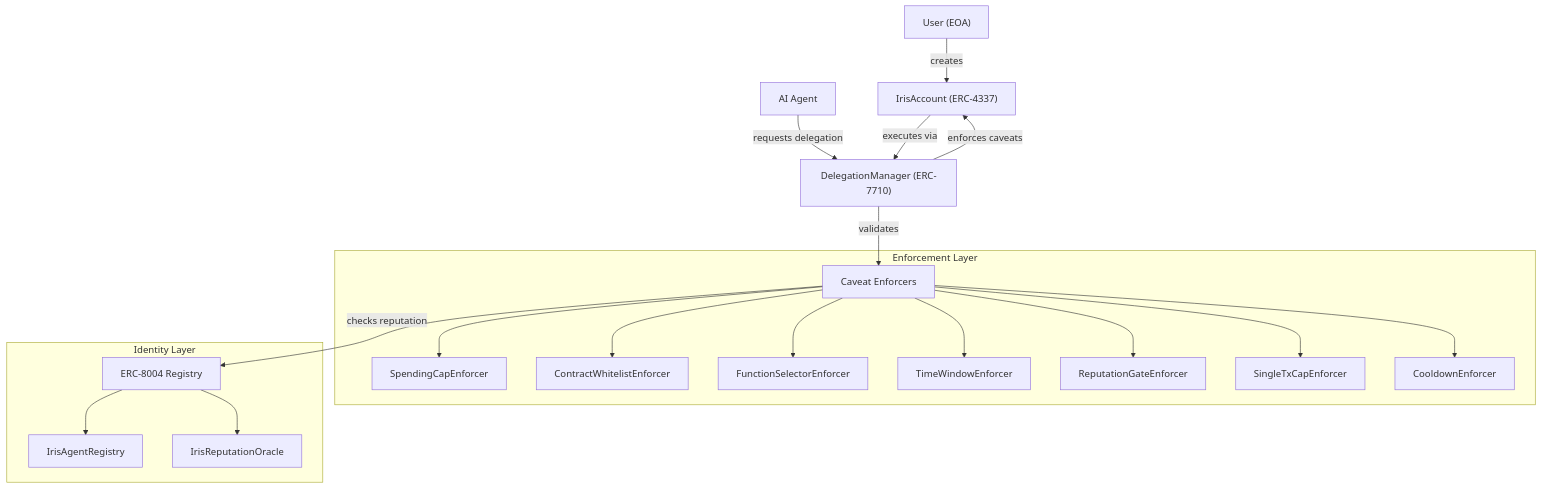
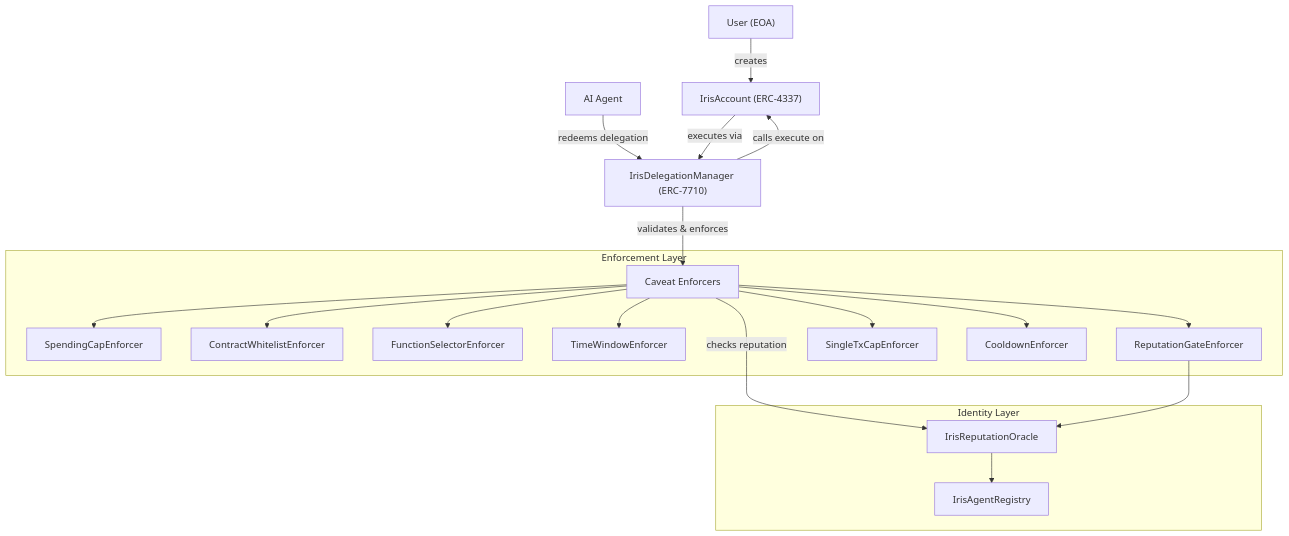
Before and after one commit to ElliotFriedman/iris-protocol: the first of 2 diagrams in docs/docs/architecture.md, drawn with Mermaid. The commit also changed other lines of this file and 12 other files, not shown here.

````diff
--- a/docs/docs/architecture.md
+++ b/docs/docs/architecture.md
@@ -12,37 +12,36 @@
 ```mermaid
 graph TB
     User["User (EOA)"] -->|creates| IA["IrisAccount (ERC-4337)"]
-    Agent["AI Agent"] -->|requests delegation| DM["DelegationManager (ERC-7710)"]
-    DM -->|validates| CE["Caveat Enforcers"]
-    CE -->|checks reputation| REG["ERC-8004 Registry"]
+    Agent["AI Agent"] -->|redeems delegation| DM["IrisDelegationManager (ERC-7710)"]
+    DM -->|validates & enforces| CE["Caveat Enforcers"]
+    CE -->|checks reputation| IRO["IrisReputationOracle"]
     IA -->|executes via| DM
-    DM -->|enforces caveats| IA
+    DM -->|calls execute on| IA
 
     subgraph Enforcement Layer
         CE
         SCE["SpendingCapEnforcer"]
         CWE["ContractWhitelistEnforcer"]
         FSE["FunctionSelectorEnforcer"]
         TWE["TimeWindowEnforcer"]
         RGE["ReputationGateEnforcer"]
         STE["SingleTxCapEnforcer"]
         CDE["CooldownEnforcer"]
     end
 
     CE --> SCE
     CE --> CWE
     CE --> FSE
     CE --> TWE
     CE --> RGE
     CE --> STE
     CE --> CDE
 
     subgraph Identity Layer
-        REG
         IAR["IrisAgentRegistry"]
         IRO["IrisReputationOracle"]
     end
 
-    REG --> IAR
-    REG --> IRO
+    RGE --> IRO
+    IRO --> IAR
 ```
````
